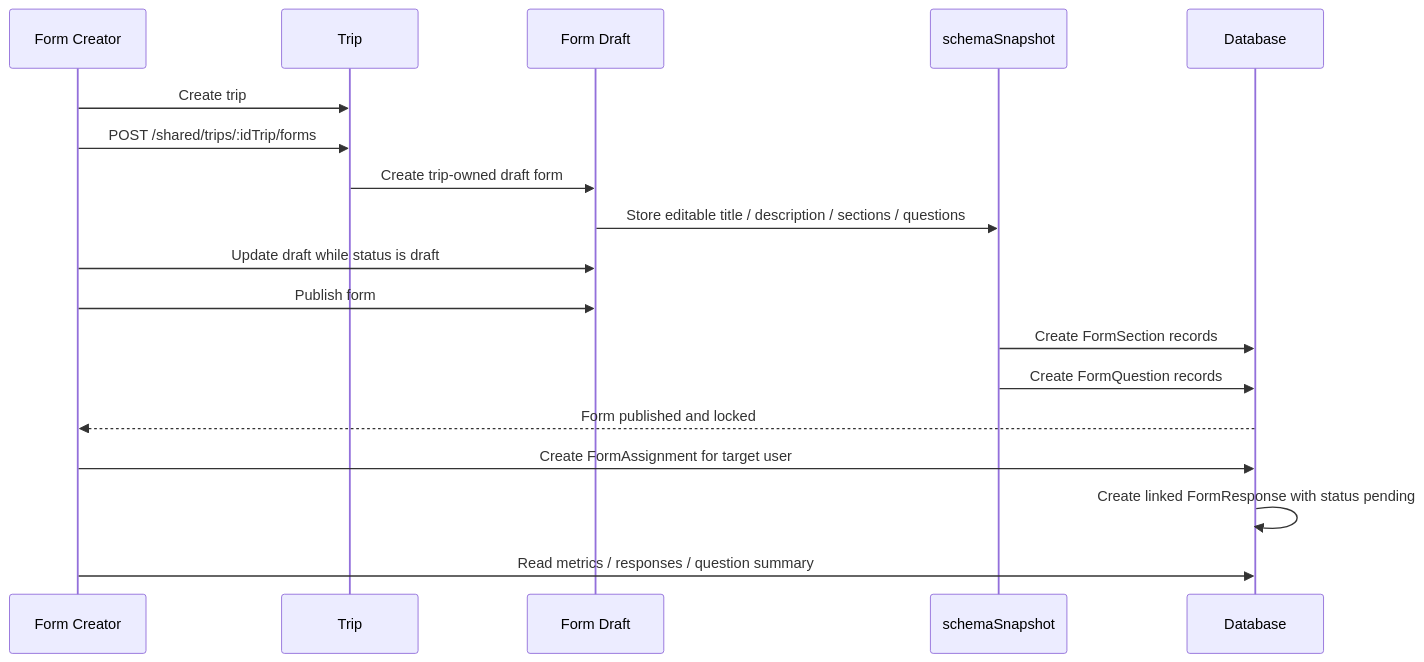
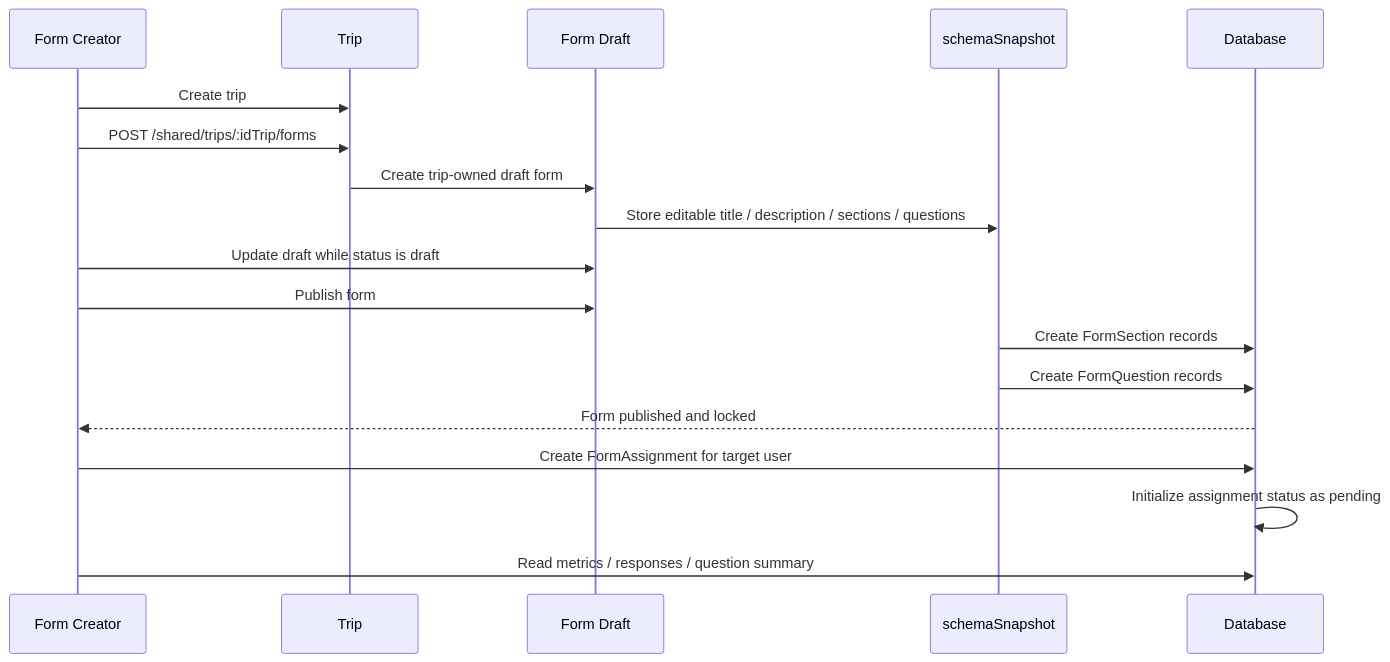
The first of 2 diagrams in docs/form.md (Gzerox/ack-nestjs-boilerplate), drawn with Mermaid before and after one commit. The commit also changed other lines of this file and 31 other files, not shown here.

````diff
--- a/docs/form.md
+++ b/docs/form.md
@@ -278,21 +277,21 @@
 ```mermaid
 sequenceDiagram
     participant Creator as Form Creator
     participant Trip
     participant Form as Form Draft
     participant Snapshot as schemaSnapshot
     participant Database
 
     Creator->>Trip: Create trip
     Creator->>Trip: POST /shared/trips/:idTrip/forms
     Trip->>Form: Create trip-owned draft form
     Form->>Snapshot: Store editable title / description / sections / questions
     Creator->>Form: Update draft while status is draft
     Creator->>Form: Publish form
     Snapshot->>Database: Create FormSection records
     Snapshot->>Database: Create FormQuestion records
     Database-->>Creator: Form published and locked
     Creator->>Database: Create FormAssignment for target user
-    Database->>Database: Create linked FormResponse with status pending
+    Database->>Database: Initialize assignment status as pending
     Creator->>Database: Read metrics / responses / question summary
 ```
````
